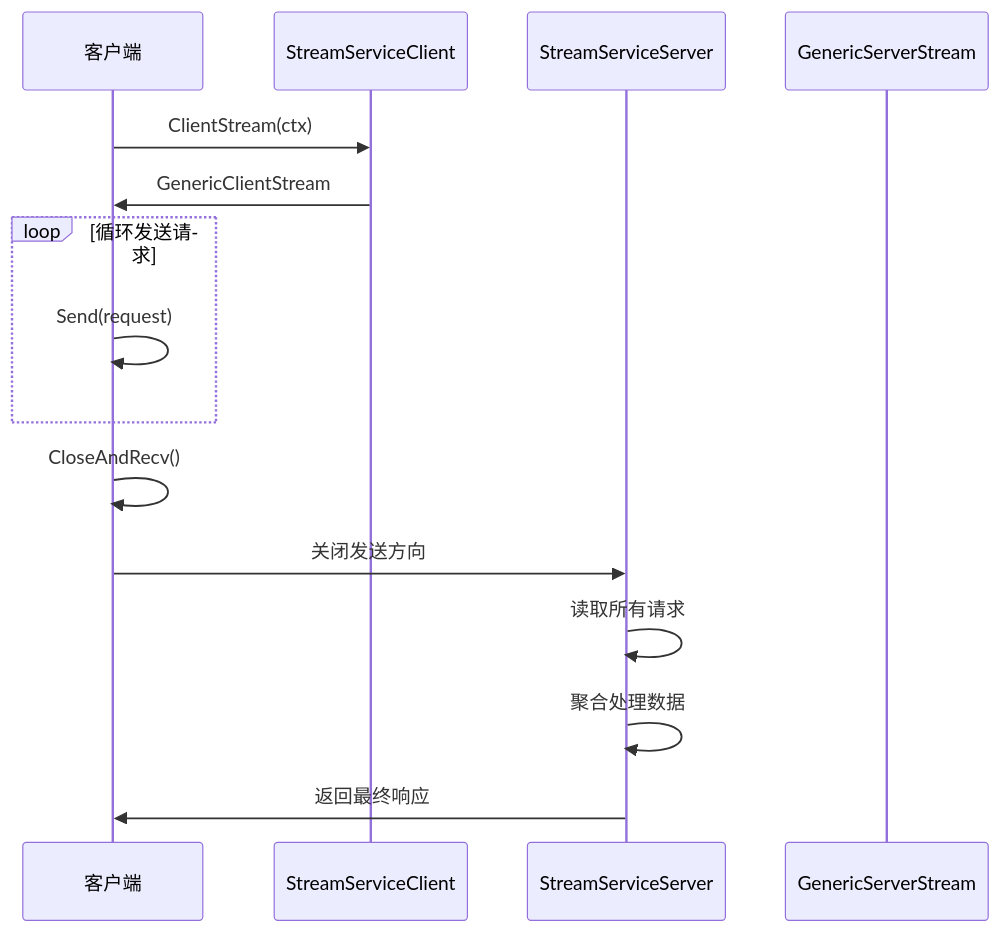
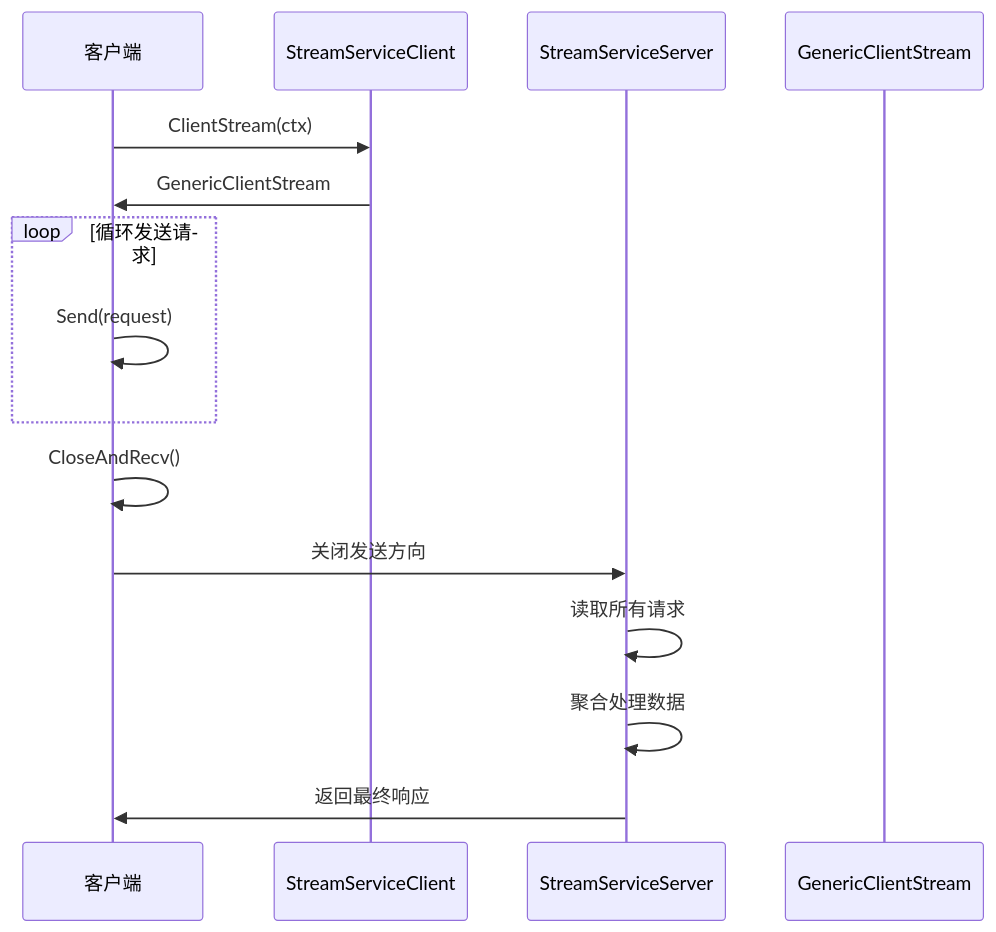
The seventh of 15 diagrams in .agents/repowiki/zh/content/示例和最佳实践/WebSocket流式系统.md (soyacen/goose), drawn with Mermaid before and after one commit. The commit also changed other lines of this file and 4 other files, not shown here.

````diff
--- a/.agents/repowiki/zh/content/示例和最佳实践/WebSocket流式系统.md
+++ b/.agents/repowiki/zh/content/示例和最佳实践/WebSocket流式系统.md
@@ -352,17 +315,17 @@
 ```mermaid
 sequenceDiagram
 participant Client as 客户端
 participant Service as StreamServiceClient
 participant Server as StreamServiceServer
-participant Stream as GenericServerStream
+participant Stream as GenericClientStream
 Client->>Service : ClientStream(ctx)
 Service->>Client : GenericClientStream
 loop 循环发送请求
 Client->>Client : Send(request)
 end
 Client->>Client : CloseAndRecv()
 Client->>Server : 关闭发送方向
 Server->>Server : 读取所有请求
 Server->>Server : 聚合处理数据
 Server->>Client : 返回最终响应
 ```
````
